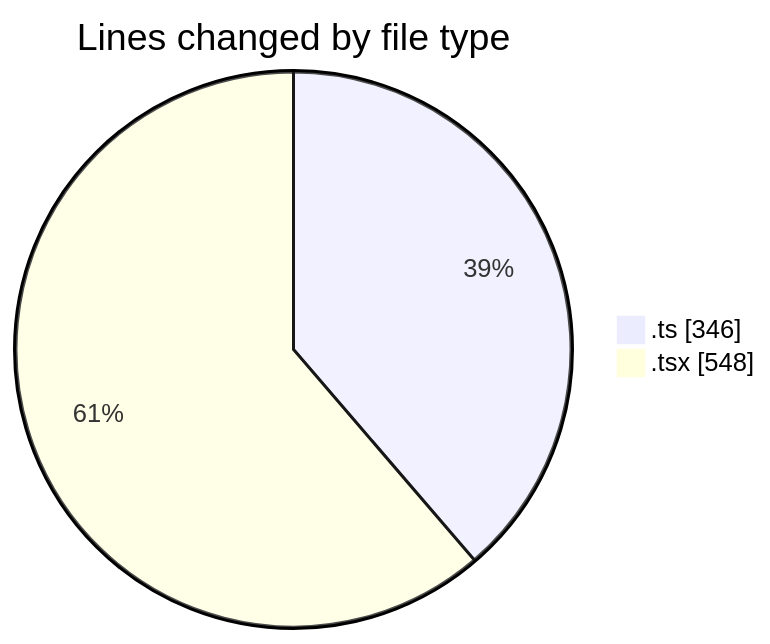
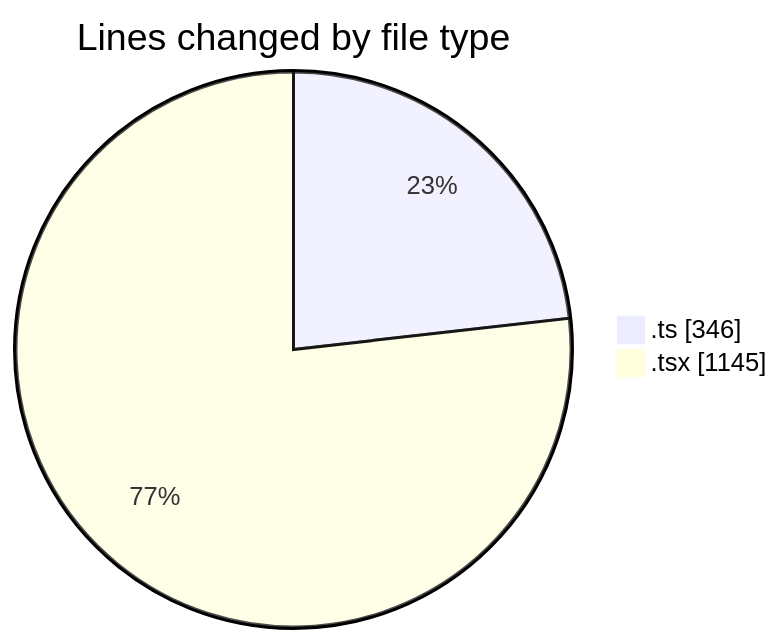
The first of 2 diagrams in 2025-06-22/1bhk_life/README.md (JenPaints/code-tracking), drawn with Mermaid before and after one commit. The commit also changed other lines of this file and 1 other file, not shown here.

````diff
--- a/2025-06-22/1bhk_life/README.md
+++ b/2025-06-22/1bhk_life/README.md
@@ -21,6 +22,6 @@
 ```mermaid
 pie showData
 title Lines changed by file type
 ".ts" : 346
-".tsx" : 548
+".tsx" : 1145
 ```
````
